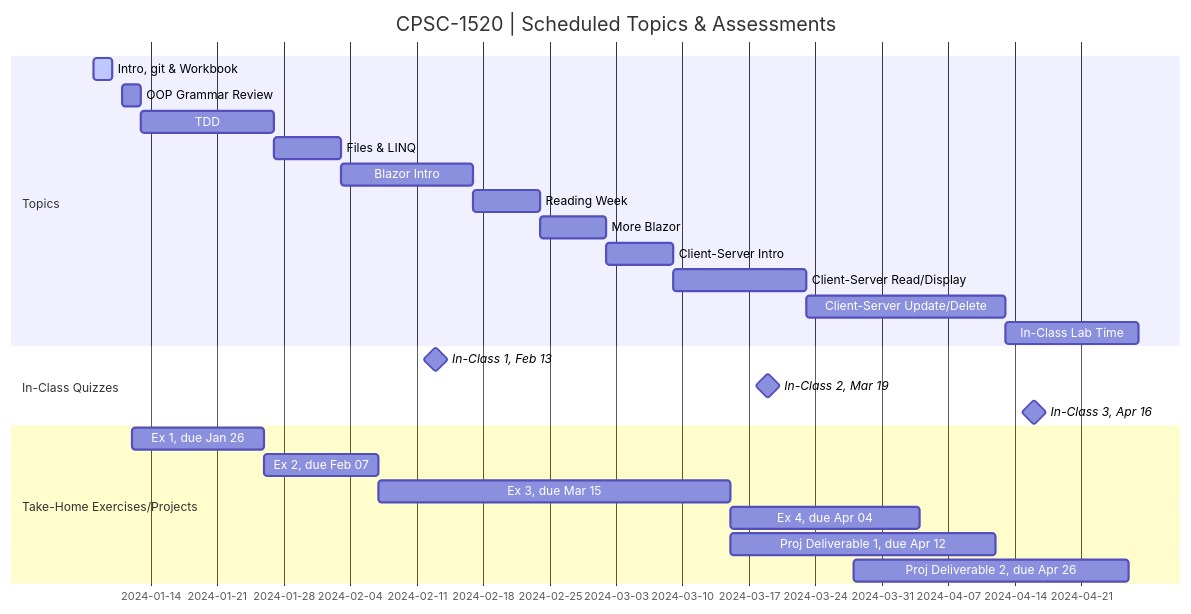
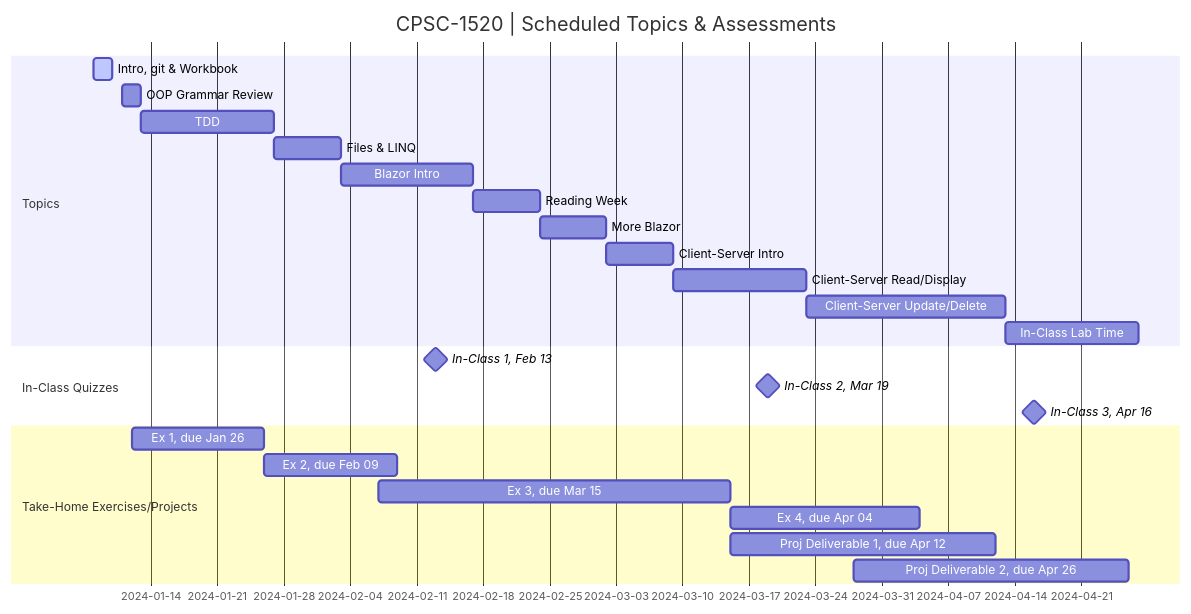
One commit to CPSC-1517/cpsc-1517-workbook-jan2024-a02-dgilleland changed the diagram in README.md. Above: the diagram before and after it, drawn with Mermaid.

````diff
--- a/README.md
+++ b/README.md
@@ -9,37 +9,37 @@
 ```mermaid
 gantt
     dateFormat  YYYY-MM-DD
     title       CPSC-1520 | Scheduled Topics & Assessments
     %% excludes    weekends
     %% (`excludes` accepts specific dates in YYYY-MM-DD format, days of the week ("sunday") or "weekends", but not the word "weekdays".)
 
     section Topics
     %% done - for finished tasks
     %% active - for current tasks
     %% crit - for red outline/background
     Intro, git & Workbook     :active,  part0, 2024-01-08, 2024-01-10
     OOP Grammar Review       :         part1, 2024-01-11, 2d
     TDD      :         part2, after part1, 14d
     Files & LINQ          :         part3, after part2, 7d
     Blazor Intro          :         part4, after part3, 14d
     Reading Week              :         break, after part4, 7d
     More Blazor          :         part5, after break, 7d
     Client-Server Intro :        part6, after part5, 7d
     Client-Server Read/Display :        part7, after part6, 14d
     Client-Server Update/Delete :       part8, after part7, 21d
     In-Class Lab Time :        part9, after part8, 14d
 
     section In-Class Quizzes
     In-Class 1, Feb 13 :  milestone, 2024-02-13, 0d
     In-Class 2, Mar 19 :  milestone, 2024-03-19, 0d
     In-Class 3, Apr 16 :  milestone, 2024-04-16, 0d
 
     section Take-Home Exercises/Projects
     Ex 1, due Jan 26 : 2024-01-12, 2024-01-26
-    Ex 2, due Feb 07 : 2024-01-26, 2024-02-07
+    Ex 2, due Feb 09 : 2024-01-26, 2024-02-09
     Ex 3, due Mar 15 : 2024-02-07, 2024-03-15
     Ex 4, due Apr 04 : 2024-03-15, 2024-04-04
     Proj Deliverable 1, due Apr 12 : 2024-03-15, 2024-04-12
     Proj Deliverable 2, due Apr 26 : 2024-03-28, 2024-04-26
 
 ```
````
